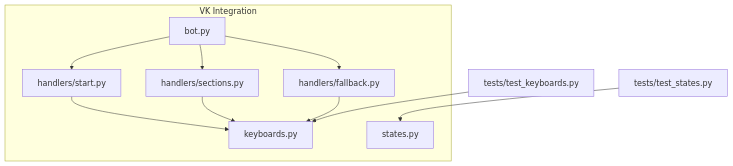
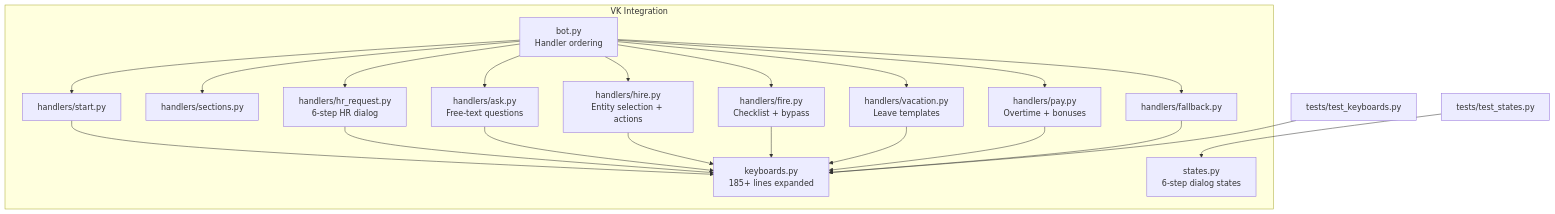
Before and after one commit to ognelis/cafetera_hr_bot: the first of 10 diagrams in .qoder/repowiki/en/content/Keyboard System.md, drawn with Mermaid. The commit also changed other lines of this file and 15 other files, not shown here.

````diff
--- a/.qoder/repowiki/en/content/Keyboard System.md
+++ b/.qoder/repowiki/en/content/Keyboard System.md
@@ -36,21 +55,38 @@
 ```mermaid
 graph TB
 subgraph "VK Integration"
-KB["keyboards.py"]
-ST["states.py"]
-BOT["bot.py"]
+KB["keyboards.py<br/>185+ lines expanded"]
+ST["states.py<br/>6-step dialog states"]
+BOT["bot.py<br/>Handler ordering"]
 START["handlers/start.py"]
 SECTIONS["handlers/sections.py"]
 FALLBACK["handlers/fallback.py"]
+HR_REQ["handlers/hr_request.py<br/>6-step HR dialog"]
+HIRE["handlers/hire.py<br/>Entity selection + actions"]
+FIRE["handlers/fire.py<br/>Checklist + bypass"]
+VACATION["handlers/vacation.py<br/>Leave templates"]
+PAY["handlers/pay.py<br/>Overtime + bonuses"]
+ASK["handlers/ask.py<br/>Free-text questions"]
 end
 TEST_KB["tests/test_keyboards.py"]
 TEST_STATES["tests/test_states.py"]
 BOT --> START
+BOT --> HR_REQ
+BOT --> ASK
+BOT --> HIRE
+BOT --> FIRE
+BOT --> VACATION
+BOT --> PAY
 BOT --> SECTIONS
 BOT --> FALLBACK
 START --> KB
-SECTIONS --> KB
+HR_REQ --> KB
+ASK --> KB
+HIRE --> KB
+FIRE --> KB
+VACATION --> KB
+PAY --> KB
 FALLBACK --> KB
 TEST_KB --> KB
 TEST_STATES --> ST
 ```
````
